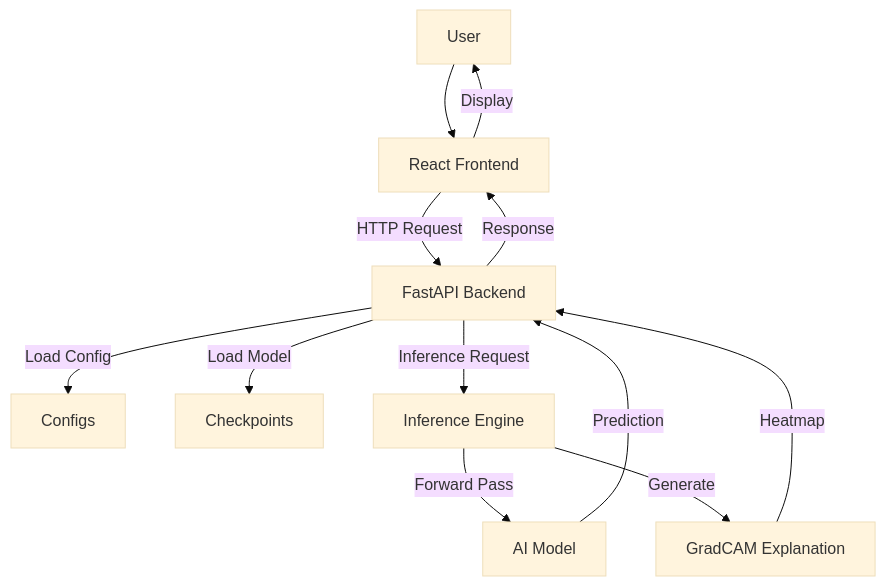
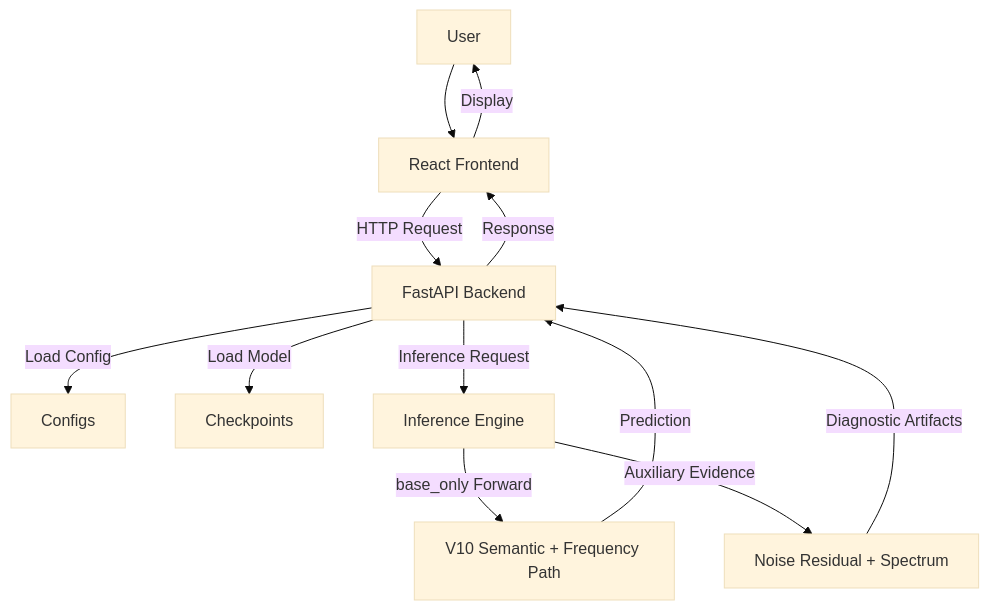
Before and after one commit to zhangxiuwen040831/AI-Image-Detector: the first of 4 diagrams in docs/architecture.md, drawn with Mermaid (base theme). The commit also changed other lines of this file and 78 other files, not shown here.

````diff
--- a/docs/architecture.md
+++ b/docs/architecture.md
@@ -5,14 +5,14 @@
 ```mermaid
 graph TB
     User[User] --> Frontend[React Frontend]
     Frontend -->|HTTP Request| Backend[FastAPI Backend]
     Backend -->|Load Config| Configs[Configs]
     Backend -->|Load Model| Checkpoints[Checkpoints]
     Backend -->|Inference Request| Inference[Inference Engine]
-    Inference -->|Forward Pass| Model[AI Model]
-    Inference -->|Generate| GradCAM[GradCAM Explanation]
+    Inference -->|base_only Forward| Model[V10 Semantic + Frequency Path]
+    Inference -->|Auxiliary Evidence| Evidence[Noise Residual + Spectrum]
     Model -->|Prediction| Backend
-    GradCAM -->|Heatmap| Backend
+    Evidence -->|Diagnostic Artifacts| Backend
     Backend -->|Response| Frontend
     Frontend -->|Display| User
 ```
````
